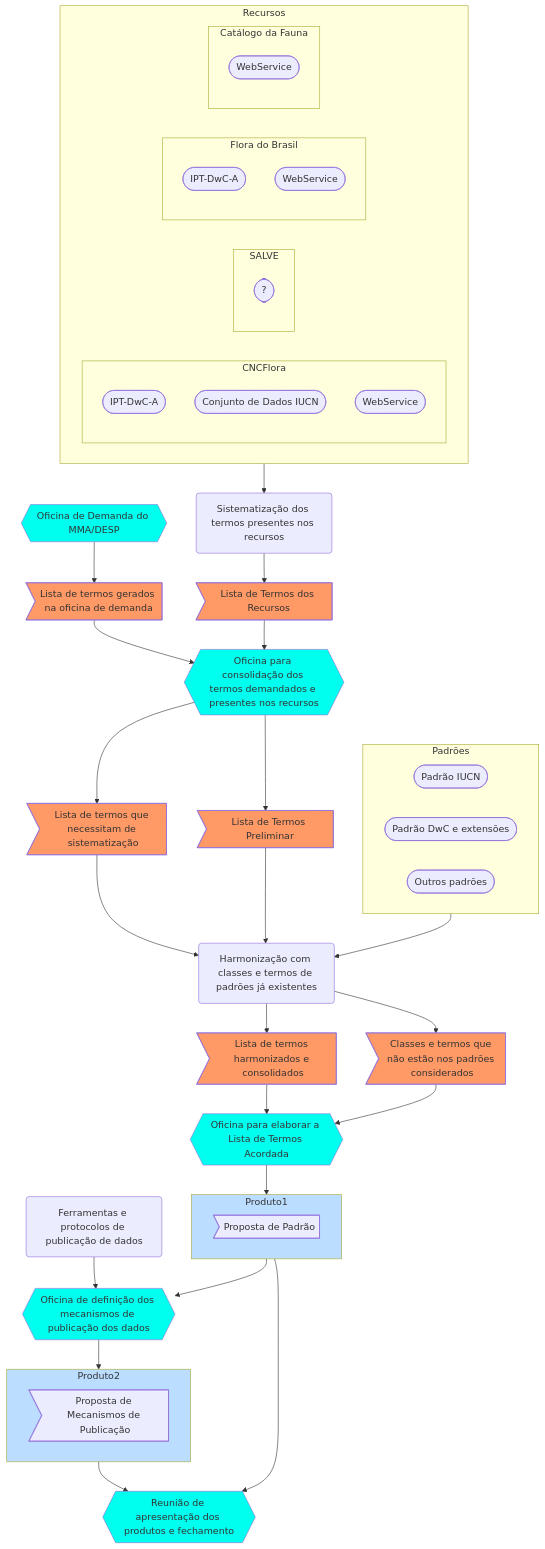
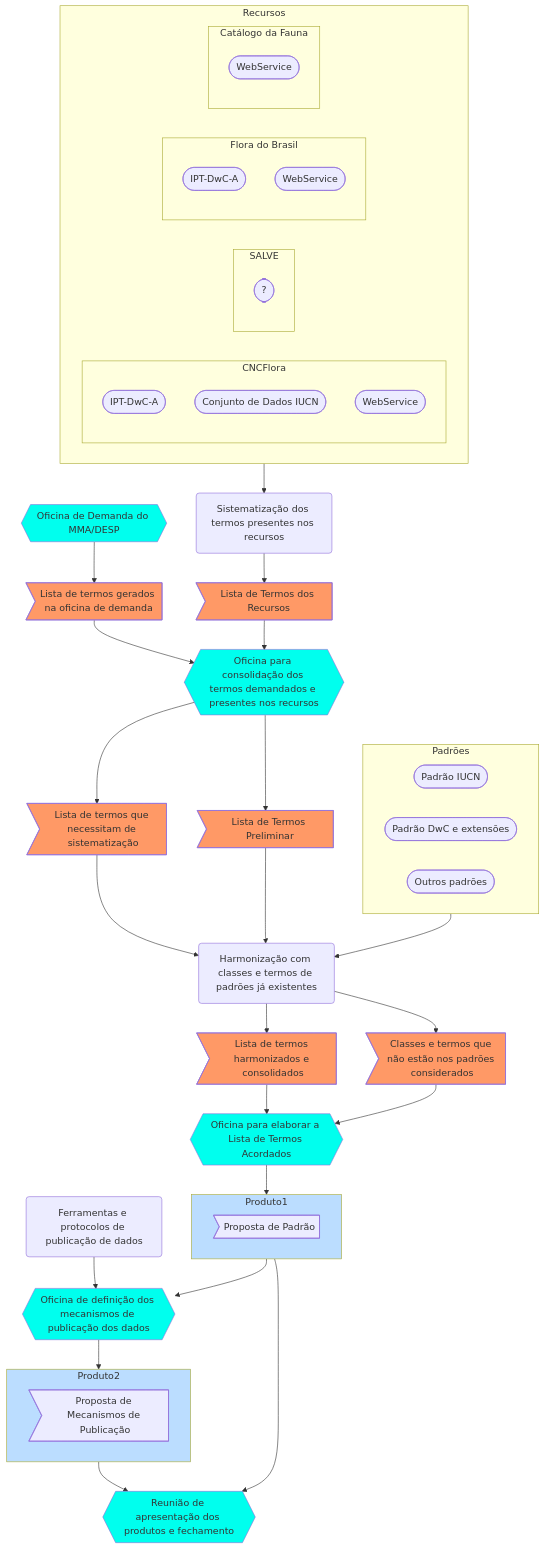
Before and after one commit to jlanna/MMA-Ameacadas: the diagram in plano-de-trabalho/fluxograma.md, drawn with Mermaid. The commit also changed 3 other files, not shown here.

```diff
--- a/plano-de-trabalho/fluxograma.md
+++ b/plano-de-trabalho/fluxograma.md
@@ -70,7 +70,6 @@
         I([Outros padrões])
     end
     
-
     %% os produtos da oficina de consolidação (4) - a saber: a lista de termos preliminar (6) e a lista de termos que precisam ser sistematizados (5) alimentam a ação de harmonização (7).
     6 --> 7(Harmonização com classes e termos de padrões já existentes)
     5 --> 7 
@@ -81,7 +80,7 @@
 
     %% esta lista de termos harmonizados e consolidados (17), assim como a lista de classes e termos que não estão nos padrões existentes e precisam ser definidos, alimenta a oficina para a elaboração da lista de termos acordados, que irá, em última instância, gerar o Produto1 - a proposta de padrão
 
-    17 --> 15{{Oficina para elaborar a Lista de Termos Acordada}}
+    17 --> 15{{Oficina para elaborar a Lista de Termos Acordados}}
     10 --> 15
     15  --> Produto1
 
```
